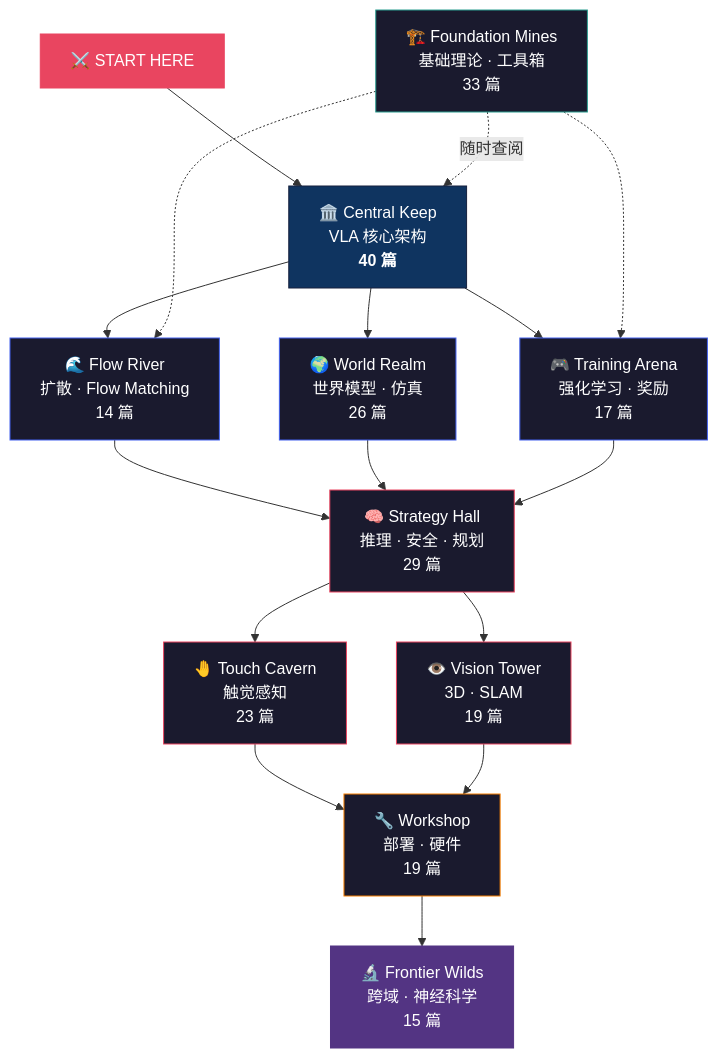
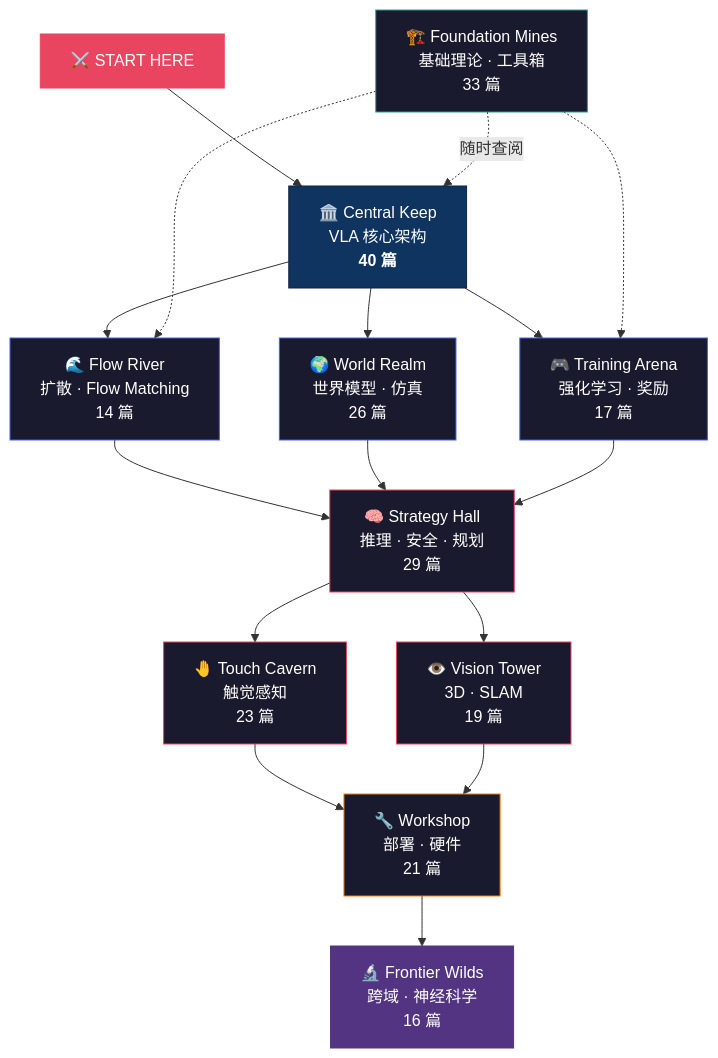
One commit to sou350121/VLA-Handbook changed the diagram in theory/README.md. Above: the diagram before and after it, drawn with Mermaid. The commit also changed other lines of this file and 1 other file, not shown here.

Commit message:
fix(auto): update counts to 238

````diff
--- a/theory/README.md
+++ b/theory/README.md
@@ -27,36 +27,36 @@
 ```mermaid
 graph TD
     START["⚔️ START HERE"] --> CORE["🏛️ Central Keep<br/>VLA 核心架构<br/><b>40 篇</b>"]
 
     CORE --> FLOW["🌊 Flow River<br/>扩散 · Flow Matching<br/>14 篇"]
     CORE --> WORLD["🌍 World Realm<br/>世界模型 · 仿真<br/>26 篇"]
     CORE --> RL["🎮 Training Arena<br/>强化学习 · 奖励<br/>17 篇"]
 
     FLOW --> PLAN["🧠 Strategy Hall<br/>推理 · 安全 · 规划<br/>29 篇"]
     WORLD --> PLAN
     RL --> PLAN
 
     PLAN --> TOUCH["🤚 Touch Cavern<br/>触觉感知<br/>23 篇"]
     PLAN --> EYE["👁️ Vision Tower<br/>3D · SLAM<br/>19 篇"]
 
-    TOUCH --> DEPLOY["🔧 Workshop<br/>部署 · 硬件<br/>19 篇"]
+    TOUCH --> DEPLOY["🔧 Workshop<br/>部署 · 硬件<br/>21 篇"]
     EYE --> DEPLOY
 
-    DEPLOY --> FRONTIER["🔬 Frontier Wilds<br/>跨域 · 神经科学<br/>15 篇"]
+    DEPLOY --> FRONTIER["🔬 Frontier Wilds<br/>跨域 · 神经科学<br/>16 篇"]
 
     FOUND["🏗️ Foundation Mines<br/>基础理论 · 工具箱<br/>33 篇"] -.->|随时查阅| CORE
     FOUND -.-> FLOW
     FOUND -.-> RL
 
     style START fill:#e94560,stroke:#e94560,color:#fff
     style CORE fill:#0f3460,stroke:#16213e,color:#fff
     style FLOW fill:#1a1a2e,stroke:#4361ee,color:#fff
     style WORLD fill:#1a1a2e,stroke:#4361ee,color:#fff
     style RL fill:#1a1a2e,stroke:#4361ee,color:#fff
     style PLAN fill:#1a1a2e,stroke:#e94560,color:#fff
     style TOUCH fill:#1a1a2e,stroke:#e94560,color:#fff
     style EYE fill:#1a1a2e,stroke:#e94560,color:#fff
     style DEPLOY fill:#1a1a2e,stroke:#f77f00,color:#fff
     style FRONTIER fill:#533483,stroke:#533483,color:#fff
     style FOUND fill:#1a1a2e,stroke:#2a9d8f,color:#fff
 ```
````
